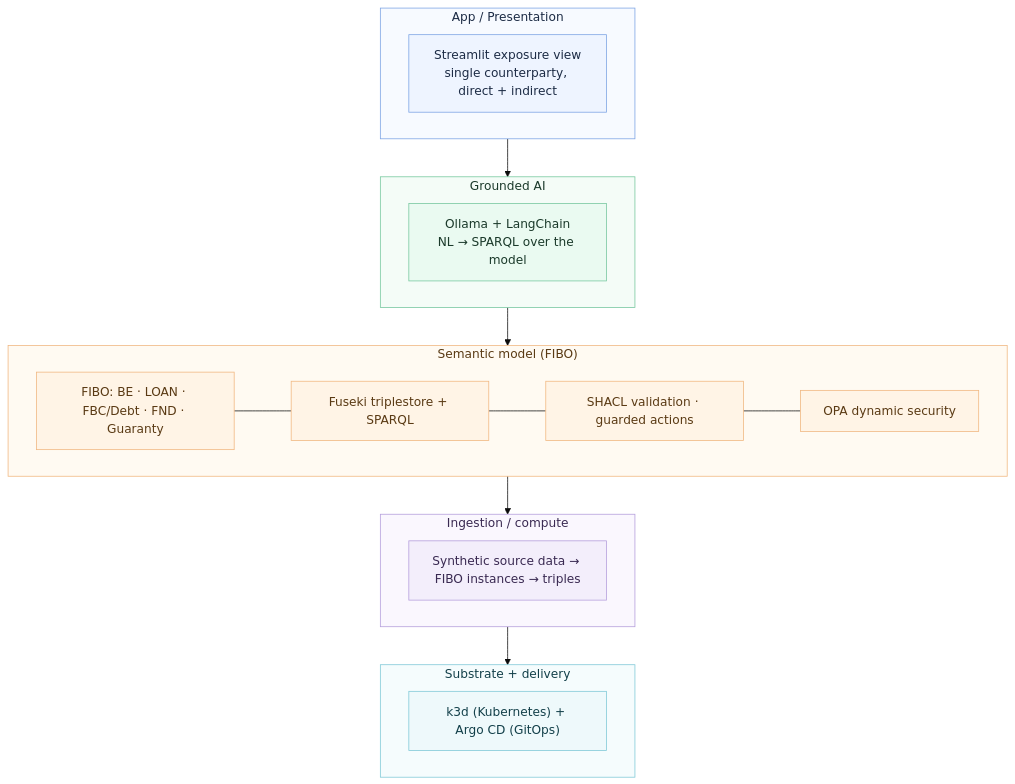
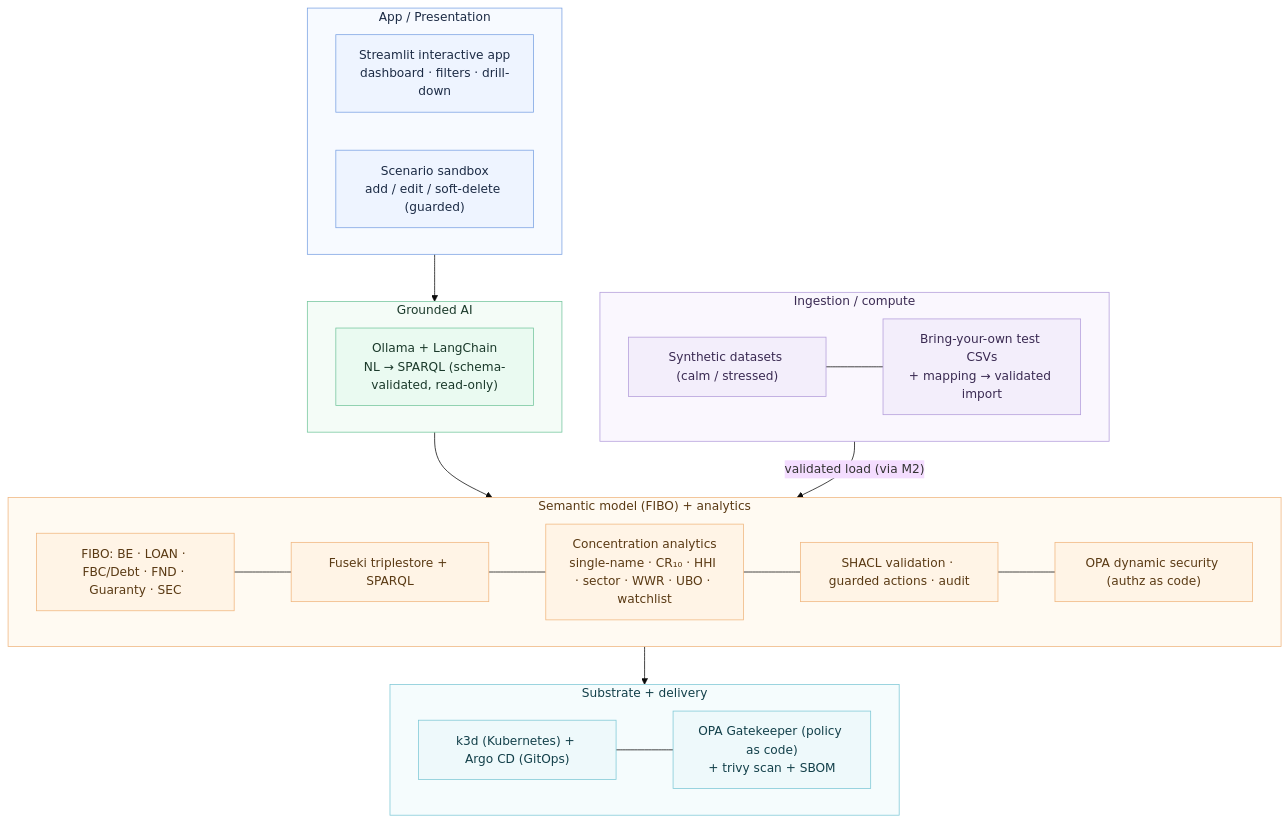
Before and after one commit to jaricsng/counterparty-concentration-lens: the second of 4 diagrams in docs/architecture.md, drawn with Mermaid (base theme). The commit also changed other lines of this file and 4 other files, not shown here.

First line of the commit message:
docs: enhancement spec updates + bring-your-own-test-data import spec

````diff
--- a/docs/architecture.md
+++ b/docs/architecture.md
@@ -9,40 +69,48 @@
 ```mermaid
 flowchart TB
     subgraph APP["App / Presentation"]
-        A1["Streamlit exposure view<br/>single counterparty, direct + indirect"]
+        A1["Streamlit interactive app<br/>dashboard · filters · drill-down"]
+        A2["Scenario sandbox<br/>add / edit / soft-delete (guarded)"]
     end
     subgraph AI["Grounded AI"]
-        I1["Ollama + LangChain<br/>NL → SPARQL over the model"]
+        I1["Ollama + LangChain<br/>NL → SPARQL (schema-validated, read-only)"]
     end
-    subgraph ONT["Semantic model (FIBO)"]
-        O1["FIBO: BE · LOAN · FBC/Debt · FND · Guaranty"]
+    subgraph ONT["Semantic model (FIBO) + analytics"]
+        O1["FIBO: BE · LOAN · FBC/Debt · FND · Guaranty · SEC"]
         O2["Fuseki triplestore + SPARQL"]
-        O3["SHACL validation · guarded actions"]
-        O4["OPA dynamic security"]
-        O1 --- O2 --- O3 --- O4
+        O5["Concentration analytics<br/>single-name · CR₁₀ · HHI · sector · WWR · UBO · watchlist"]
+        O3["SHACL validation · guarded actions · audit"]
+        O4["OPA dynamic security (authz as code)"]
+        O1 --- O2 --- O5 --- O3 --- O4
     end
     subgraph COMPUTE["Ingestion / compute"]
-        C1["Synthetic source data → FIBO instances → triples"]
+        C1["Synthetic datasets (calm / stressed)"]
+        C2["Bring-your-own test CSVs<br/>+ mapping → validated import"]
+        C1 --- C2
     end
     subgraph INFRA["Substrate + delivery"]
         R1["k3d (Kubernetes) + Argo CD (GitOps)"]
+        R2["OPA Gatekeeper (policy as code)<br/>+ trivy scan + SBOM"]
+        R1 --- R2
     end
 
-    APP --> AI --> ONT --> COMPUTE --> INFRA
+    APP --> AI --> ONT
+    COMPUTE -->|"validated load (via M2)"| ONT
+    ONT --> INFRA
 
     classDef app fill:#eef4ff,stroke:#7aa2e3,color:#1c2b45;
     classDef ai fill:#eafaf1,stroke:#74c69d,color:#1b3a2b;
     classDef ont fill:#fff4e6,stroke:#f0b67f,color:#5a3a14;
     classDef compute fill:#f3eefb,stroke:#b39ddb,color:#3a2a52;
     classDef infra fill:#eef9fb,stroke:#7ec8d6,color:#13404a;
-    class A1 app;
+    class A1,A2 app;
     class I1 ai;
-    class O1,O2,O3,O4 ont;
-    class C1 compute;
-    class R1 infra;
+    class O1,O2,O3,O4,O5 ont;
+    class C1,C2 compute;
+    class R1,R2 infra;
     style APP fill:#f7faff,stroke:#7aa2e3,color:#1c2b45;
     style AI fill:#f4fcf7,stroke:#74c69d,color:#1b3a2b;
     style ONT fill:#fffaf2,stroke:#f0b67f,color:#5a3a14;
     style COMPUTE fill:#faf7fe,stroke:#b39ddb,color:#3a2a52;
     style INFRA fill:#f5fcfd,stroke:#7ec8d6,color:#13404a;
 ```
````
